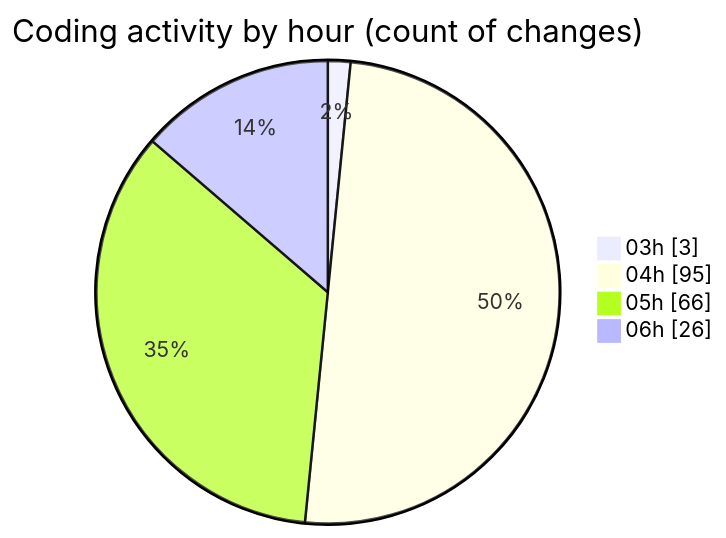
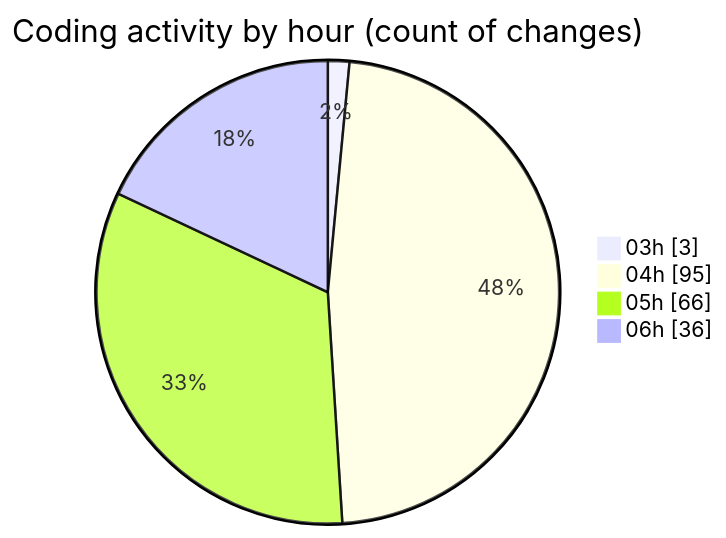
The second of 2 diagrams in 2025-01-03/tinycms/README.md (ernivani/code-tracking), drawn with Mermaid before and after one commit. The commit also changed other lines of this file and 3 other files, not shown here.

````diff
--- a/2025-01-03/tinycms/README.md
+++ b/2025-01-03/tinycms/README.md
@@ -65,8 +68,8 @@
 ```mermaid
 pie showData
 title Coding activity by hour (count of changes)
 "03h" : 3
 "04h" : 95
 "05h" : 66
-"06h" : 26
+"06h" : 36
 ```
````
